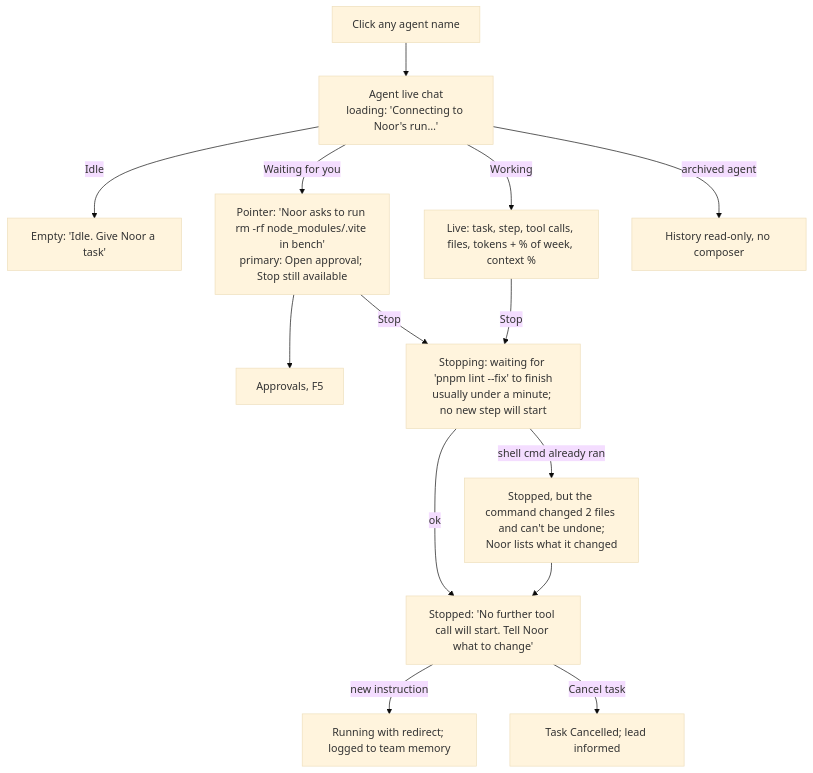
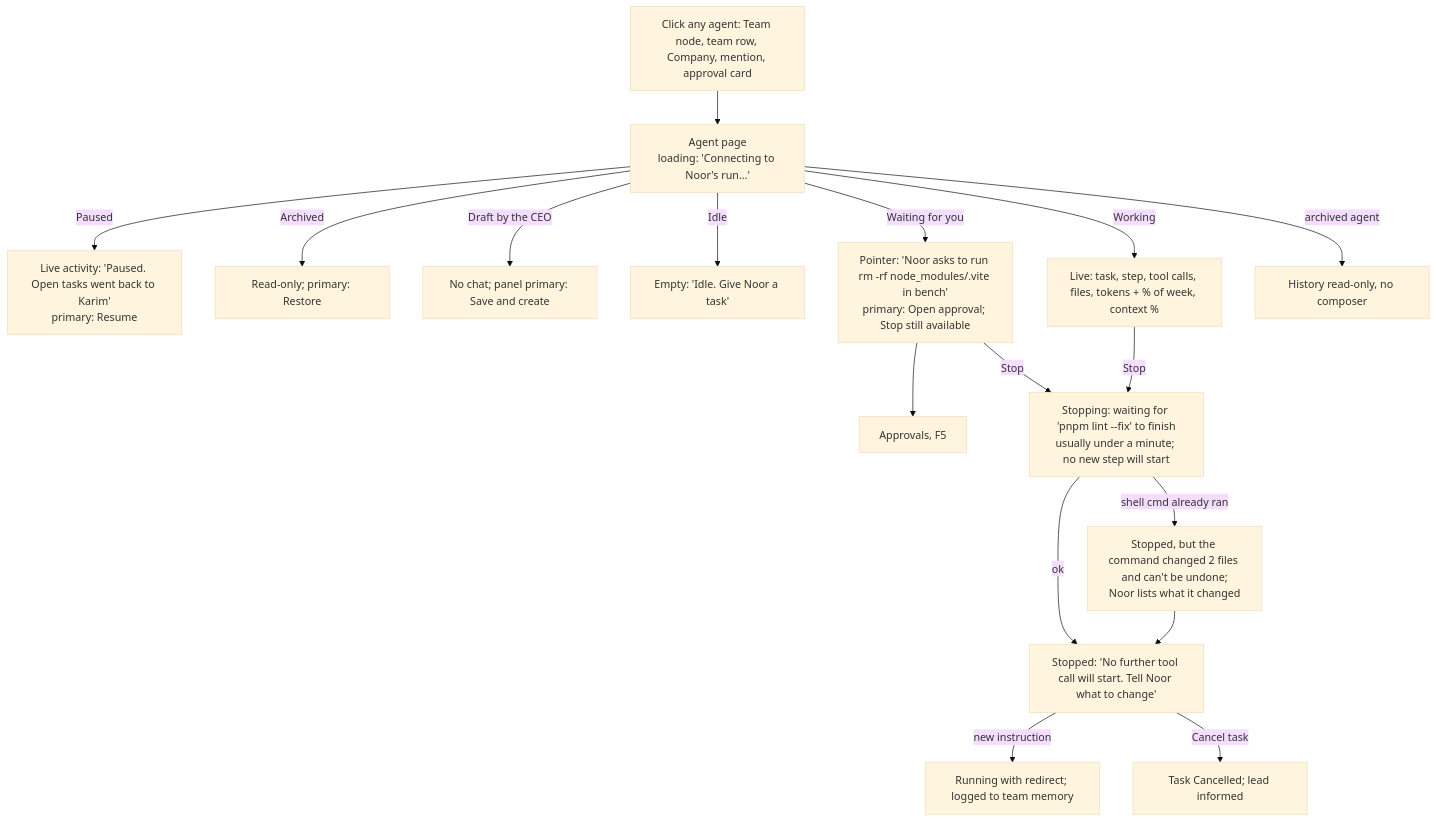
Before and after one commit to Majd-Alhakim/bench: the seventh of 12 diagrams in docs/design/ux/README.md, drawn with Mermaid (base theme). The commit also changed other lines of this file and 3 other files, not shown here.

````diff
--- a/docs/design/ux/README.md
+++ b/docs/design/ux/README.md
@@ -272,14 +318,17 @@
 ```mermaid
 flowchart TD
-  A[Click any agent name] --> B[Agent live chat<br/>loading: 'Connecting to Noor's run…']
+  A[Click any agent: Team node, team row, Company, mention, approval card] --> B[Agent page<br/>loading: 'Connecting to Noor's run…']
+  B -->|Paused| BP[Live activity: 'Paused. Open tasks went back to Karim'<br/>primary: Resume]
+  B -->|Archived| BA[Read-only; primary: Restore]
+  B -->|Draft by the CEO| BD[No chat; panel primary: Save and create]
   B -->|Idle| B0[Empty: 'Idle. Give Noor a task']
   B -->|Waiting for you| WA[Pointer: 'Noor asks to run rm -rf node_modules/.vite in bench'<br/>primary: Open approval; Stop still available] --> F5[Approvals, F5]
   WA -->|Stop| S
   B -->|Working| R[Live: task, step, tool calls, files, tokens + % of week, context %]
   R -->|Stop| S[Stopping: waiting for 'pnpm lint --fix' to finish<br/>usually under a minute; no new step will start]
   S -->|ok| ST[Stopped: 'No further tool call will start. Tell Noor what to change']
   S -->|shell cmd already ran| E1[Stopped, but the command changed 2 files and can't be undone;<br/>Noor lists what it changed] --> ST
   ST -->|new instruction| R2[Running with redirect; logged to team memory]
   ST -->|Cancel task| C[Task Cancelled; lead informed]
   B -->|archived agent| E2[History read-only, no composer]
 ```
````
